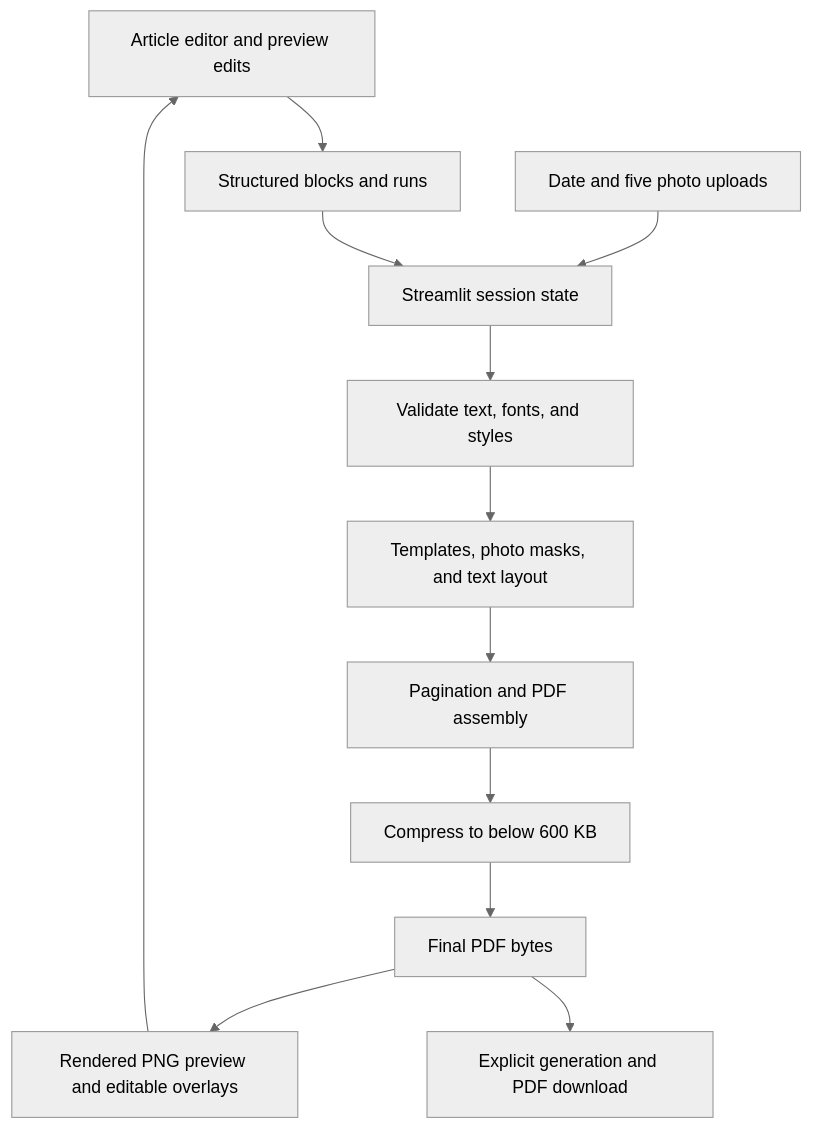
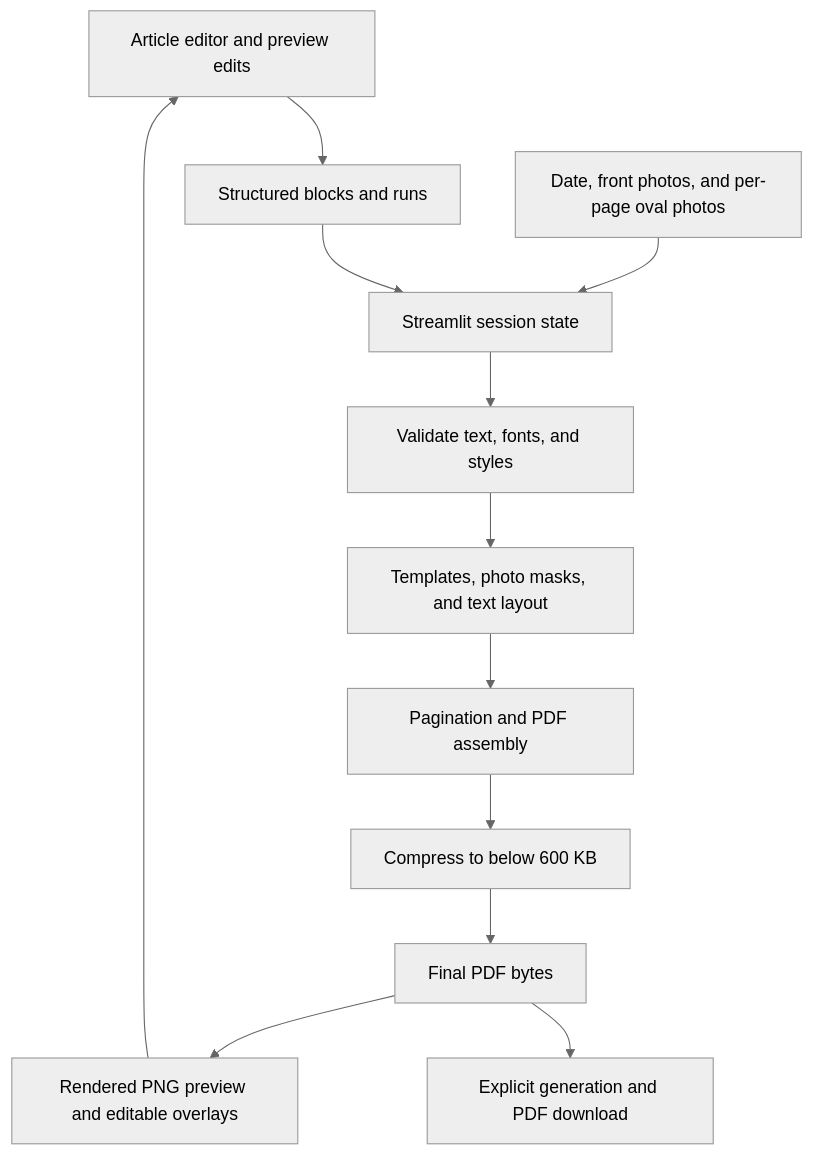
Before and after one commit to Crays-Server/primepdf: the diagram in README.md, drawn with Mermaid (neutral theme). The commit also changed other lines of this file and 1 other file, not shown here.

Commit message:
Add optional oval photo uploads for each content page

````diff
--- a/README.md
+++ b/README.md
@@ -173,14 +173,14 @@
 ```mermaid
 flowchart TD
     A[Article editor and preview edits] --> B[Structured blocks and runs]
-    C[Date and five photo uploads] --> D[Streamlit session state]
+    C[Date, front photos, and per-page oval photos] --> D[Streamlit session state]
     B --> D
     D --> E[Validate text, fonts, and styles]
     E --> F[Templates, photo masks, and text layout]
     F --> G[Pagination and PDF assembly]
     G --> H[Compress to below 600 KB]
     H --> I[Final PDF bytes]
     I --> J[Rendered PNG preview and editable overlays]
     I --> K[Explicit generation and PDF download]
     J --> A
 ```
````
